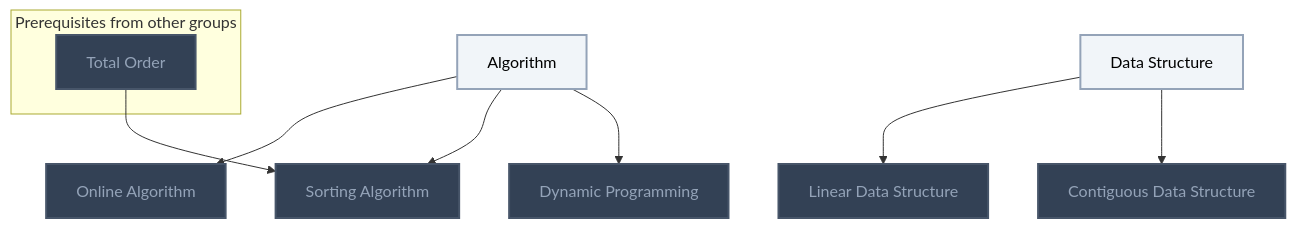
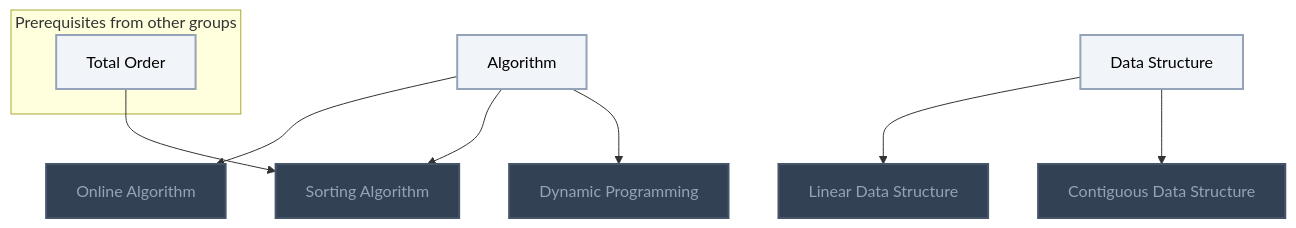
Before and after one commit to MRauf1/My-Notes: the first of 17 diagrams in Gamification/Skill Trees/Data Structures and Algorithms.md, drawn with Mermaid. The commit also changed other lines of this file and 62 other files, not shown here.

````diff
--- a/Gamification/Skill Trees/Data Structures and Algorithms.md
+++ b/Gamification/Skill Trees/Data Structures and Algorithms.md
@@ -14,31 +17,31 @@
 ```mermaid
 flowchart TD
     classDef planned fill:#1E293B,stroke:#64748B,stroke-width:2px,stroke-dasharray:5 5,color:#94A3B8;
     classDef locked fill:#334155,stroke:#475569,stroke-width:2px,color:#94A3B8;
     classDef L0 fill:#F1F5F9,stroke:#94A3B8,stroke-width:2px,color:#000000;
     classDef L1 fill:#22C55E,stroke:#15803D,stroke-width:2px,color:#000000;
     classDef L2 fill:#3B82F6,stroke:#1D4ED8,stroke-width:3px,color:#FFFFFF;
     classDef L3 fill:#A855F7,stroke:#6B21A8,stroke-width:3px,color:#FFFFFF,font-weight:bold;
     classDef L4 fill:#F97316,stroke:#C2410C,stroke-width:4px,color:#000000,font-weight:bold;
     classDef L5 fill:#FFD700,stroke:#FF8C00,stroke-width:5px,color:#000000,font-weight:bold;
     classDef rusty stroke:#8B4513,stroke-width:4px,stroke-dasharray:3 3;
     subgraph sg_prereqs["Prerequisites from other groups"]
         n_total_order["Total Order"]
     end
     n_algorithm["Algorithm"]
     n_online_algorithm["Online Algorithm"]
     n_data_structure["Data Structure"]
     n_linear_data_structure["Linear Data Structure"]
     n_contiguous_data_structure["Contiguous Data Structure"]
     n_sorting_algorithm["Sorting Algorithm"]
     n_dynamic_programming["Dynamic Programming"]
     n_algorithm --> n_online_algorithm
     n_algorithm --> n_sorting_algorithm
     n_total_order --> n_sorting_algorithm
     n_data_structure --> n_linear_data_structure
     n_data_structure --> n_contiguous_data_structure
     n_algorithm --> n_dynamic_programming
-    class n_total_order,n_online_algorithm,n_linear_data_structure,n_contiguous_data_structure,n_sorting_algorithm,n_dynamic_programming locked;
-    class n_algorithm,n_data_structure L0;
+    class n_online_algorithm,n_linear_data_structure,n_contiguous_data_structure,n_sorting_algorithm,n_dynamic_programming locked;
+    class n_total_order,n_algorithm,n_data_structure L0;
     class n_total_order,n_algorithm,n_online_algorithm,n_data_structure,n_linear_data_structure,n_contiguous_data_structure,n_sorting_algorithm,n_dynamic_programming internal-link;
 ```
````
